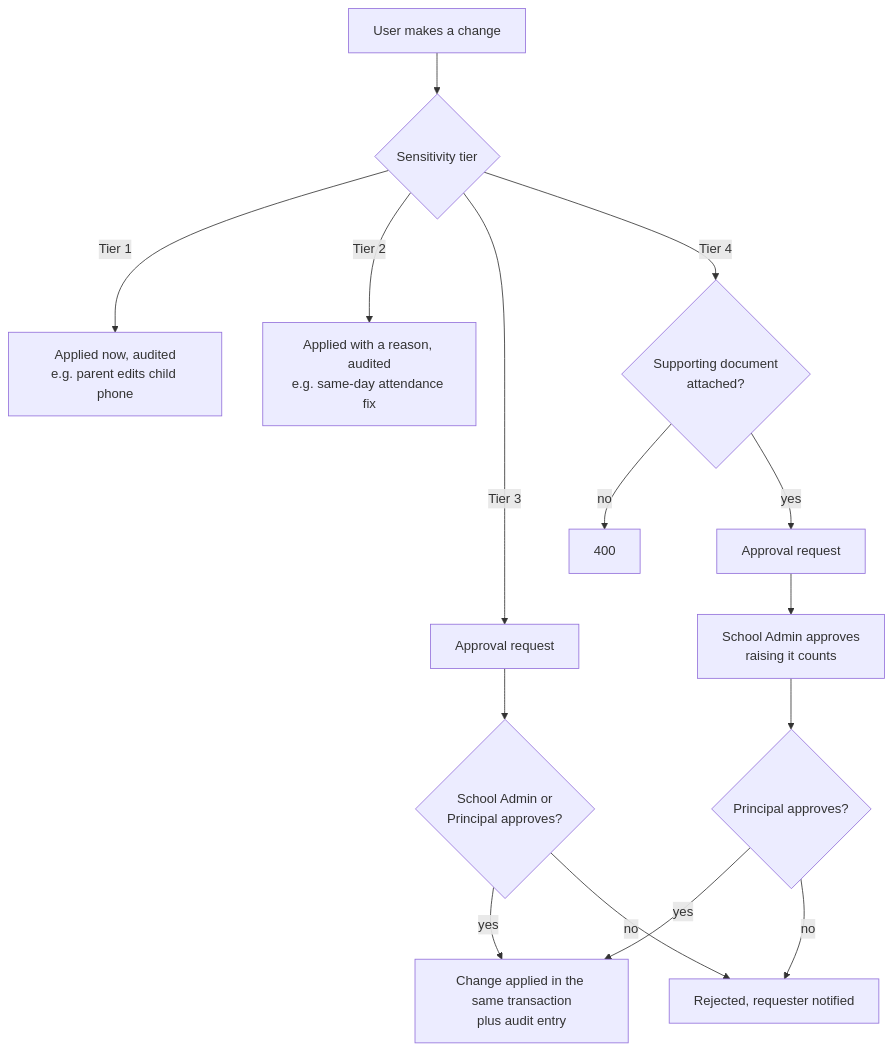
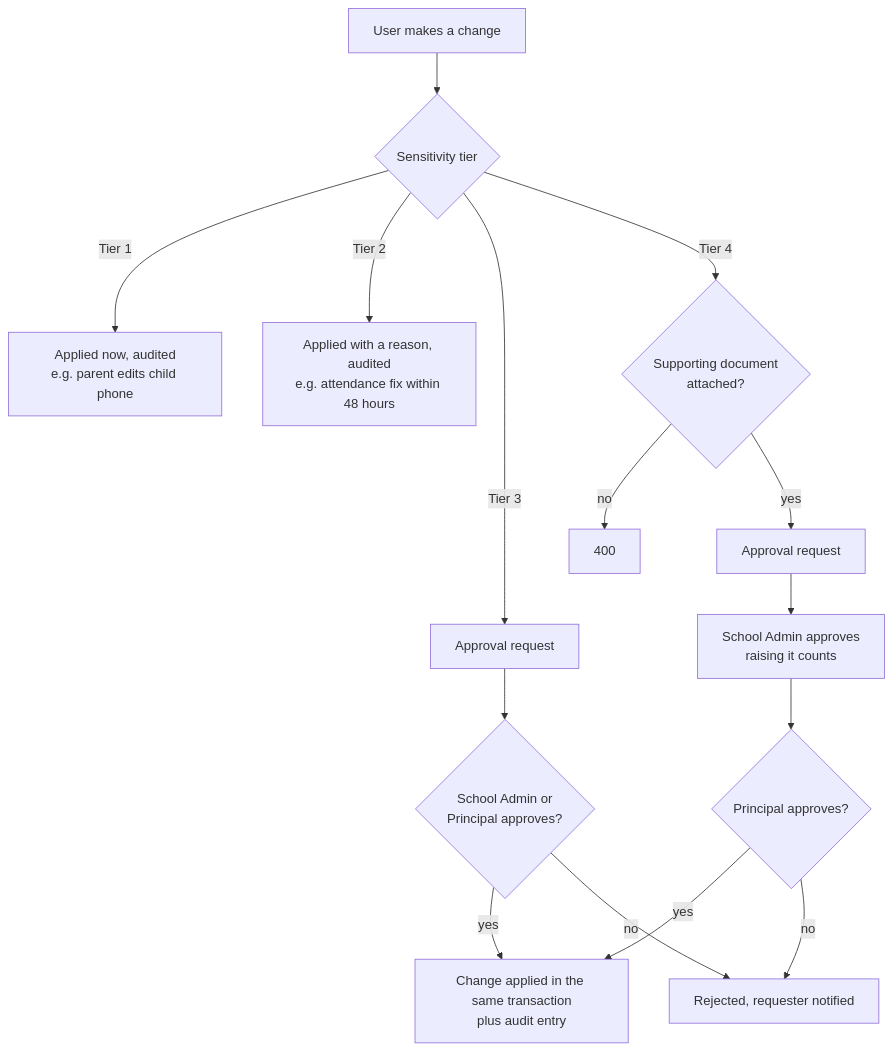
Before and after one commit to DhanaSekhar-0-1/ERP_System: the third of 10 diagrams in docs/role-scenarios.md, drawn with Mermaid. The commit also changed other lines of this file and 1 other file, not shown here.

````diff
--- a/docs/role-scenarios.md
+++ b/docs/role-scenarios.md
@@ -67,14 +70,14 @@
 ```mermaid
 flowchart TD
   A[User makes a change] --> T{Sensitivity tier}
   T -- Tier 1 --> T1[Applied now, audited<br/>e.g. parent edits child phone]
-  T -- Tier 2 --> T2[Applied with a reason, audited<br/>e.g. same-day attendance fix]
+  T -- Tier 2 --> T2[Applied with a reason, audited<br/>e.g. attendance fix within 48 hours]
   T -- Tier 3 --> T3[Approval request] --> L3{School Admin or<br/>Principal approves?}
   T -- Tier 4 --> D4{Supporting document<br/>attached?}
   D4 -- no --> X[400]
   D4 -- yes --> T4[Approval request] --> A4[School Admin approves<br/>raising it counts] --> P4{Principal approves?}
   L3 -- yes --> AP[Change applied in the same transaction<br/>plus audit entry]
   P4 -- yes --> AP
   L3 -- no --> RJ[Rejected, requester notified]
   P4 -- no --> RJ
 ```
````
